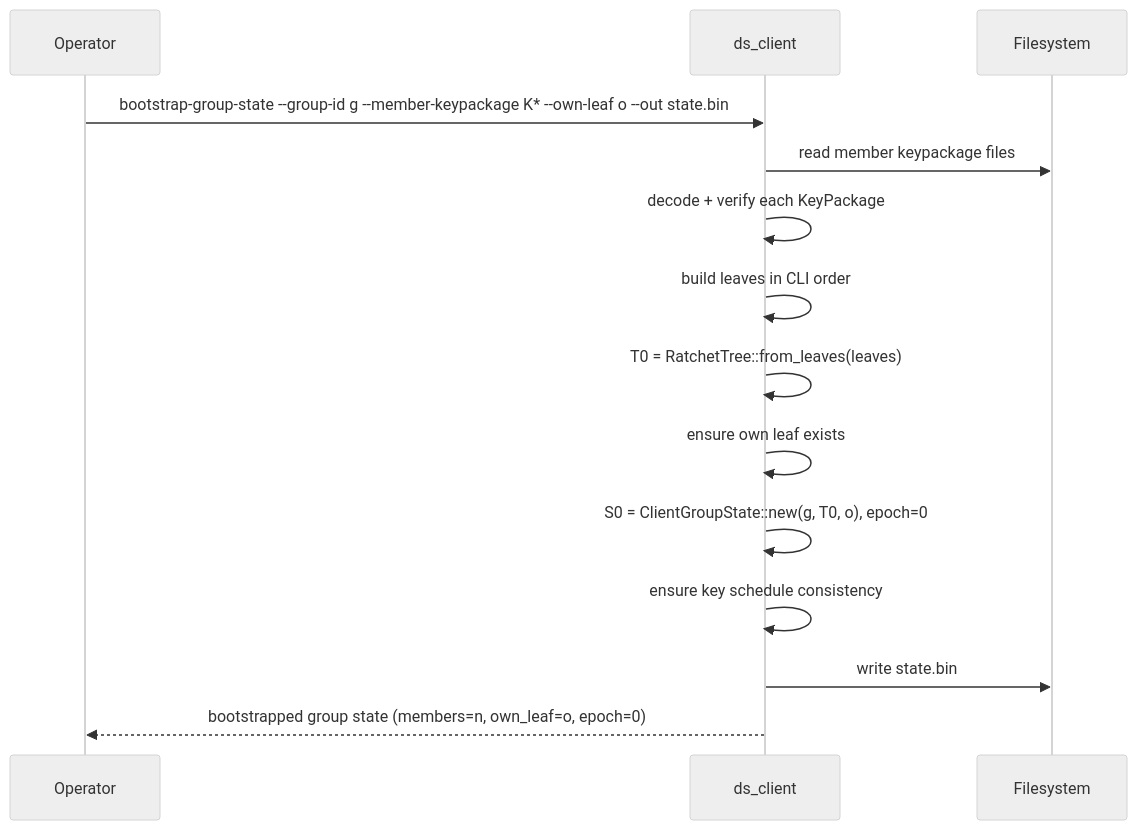
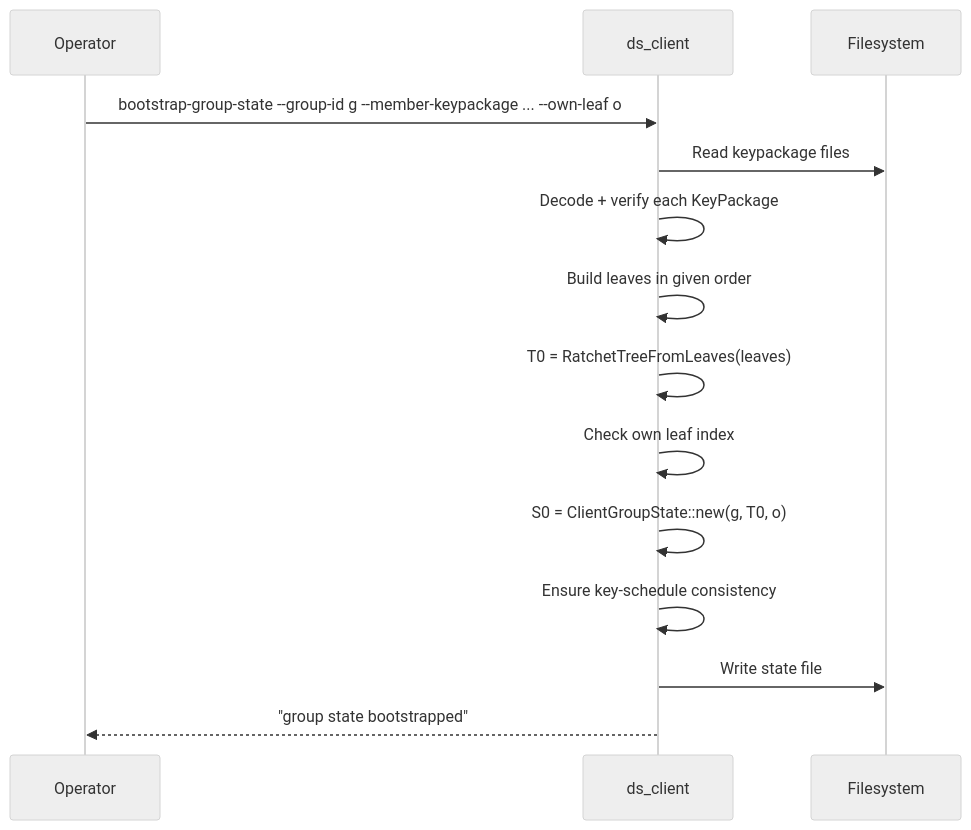
One commit to Parsania80/Master-Hybrid-MLS changed the diagram in implementation/hybrid_mls/protocol-actions/create-group.md. Above: the diagram before and after it, drawn with Mermaid (neutral theme). The commit also changed other lines of this file and 14 other files, not shown here.

````diff
--- a/implementation/hybrid_mls/protocol-actions/create-group.md
+++ b/implementation/hybrid_mls/protocol-actions/create-group.md
@@ -111,17 +132,17 @@
 ```mermaid
 sequenceDiagram
-    participant O as Operator
-    participant C as ds_client
-    participant F as Filesystem
+    participant Op as Operator
+    participant Cli as ds_client
+    participant Fs as Filesystem
 
-    O->>C: bootstrap-group-state --group-id g --member-keypackage K* --own-leaf o --out state.bin
-    C->>F: read member keypackage files
-    C->>C: decode + verify each KeyPackage
-    C->>C: build leaves in CLI order
-    C->>C: T0 = RatchetTree::from_leaves(leaves)
-    C->>C: ensure own leaf exists
-    C->>C: S0 = ClientGroupState::new(g, T0, o), epoch=0
-    C->>C: ensure key schedule consistency
-    C->>F: write state.bin
-    C-->>O: bootstrapped group state (members=n, own_leaf=o, epoch=0)
+    Op->>Cli: bootstrap-group-state --group-id g --member-keypackage ... --own-leaf o
+    Cli->>Fs: Read keypackage files
+    Cli->>Cli: Decode + verify each KeyPackage
+    Cli->>Cli: Build leaves in given order
+    Cli->>Cli: T0 = RatchetTreeFromLeaves(leaves)
+    Cli->>Cli: Check own leaf index
+    Cli->>Cli: S0 = ClientGroupState::new(g, T0, o)
+    Cli->>Cli: Ensure key-schedule consistency
+    Cli->>Fs: Write state file
+    Cli-->>Op: "group state bootstrapped"
 ```
````
